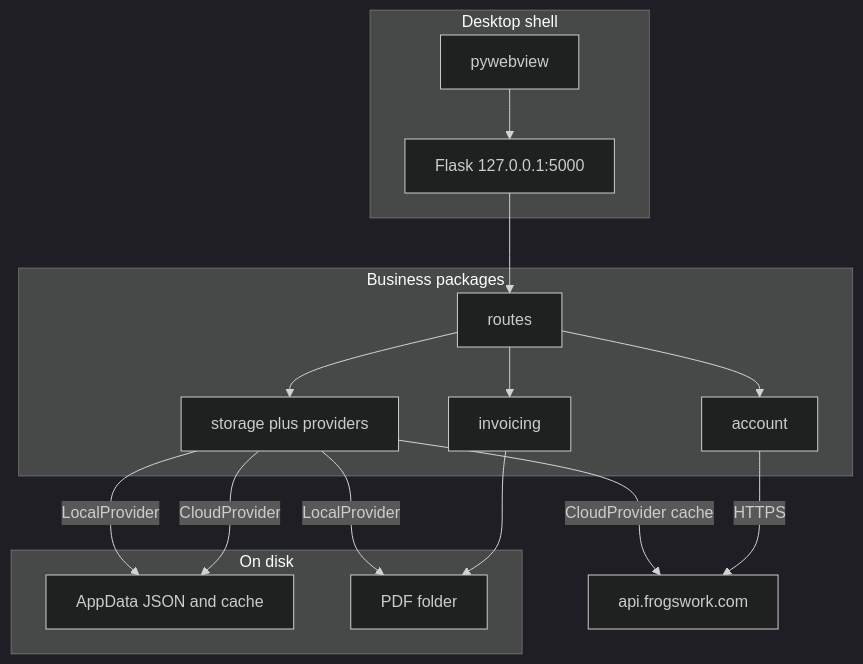
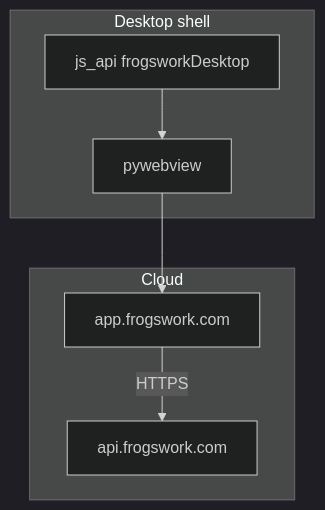
Before and after one commit to KorraOne/FrogsWorkInvoicer: the third of 6 diagrams in docs/PLATFORM-ARCHITECTURE.md, drawn with Mermaid (dark theme). The commit also changed other lines of this file and 6 other files, not shown here.

Commit message:
Document Cloud desktop shell packaging and client parity.

````diff
--- a/docs/PLATFORM-ARCHITECTURE.md
+++ b/docs/PLATFORM-ARCHITECTURE.md
@@ -233,31 +205,14 @@
 ```mermaid
 flowchart TB
     subgraph shell [Desktop shell]
         WebView[pywebview]
-        Flask[Flask 127.0.0.1:5000]
+        Bridge[js_api frogsworkDesktop]
     end
-
-    subgraph logic [Business packages]
-        Routes[routes]
-        Invoicing[invoicing]
-        Account[account]
-        Storage[storage plus providers]
+    subgraph cloud [Cloud]
+        AppUI[app.frogswork.com]
+        API[api.frogswork.com]
     end
-
-    subgraph local [On disk]
-        AppData[AppData JSON and cache]
-        PdfDir[PDF folder]
-    end
-
-    WebView --> Flask
-    Flask --> Routes
-    Routes --> Invoicing
-    Routes --> Account
-    Routes --> Storage
-    Storage -->|LocalProvider| AppData
-    Storage -->|LocalProvider| PdfDir
-    Storage -->|CloudProvider| AppData
-    Storage -->|CloudProvider cache| API
-    Account -->|HTTPS| API[api.frogswork.com]
-    Invoicing --> PdfDir
+    WebView --> AppUI
+    Bridge --> WebView
+    AppUI -->|HTTPS| API
 ```
````
